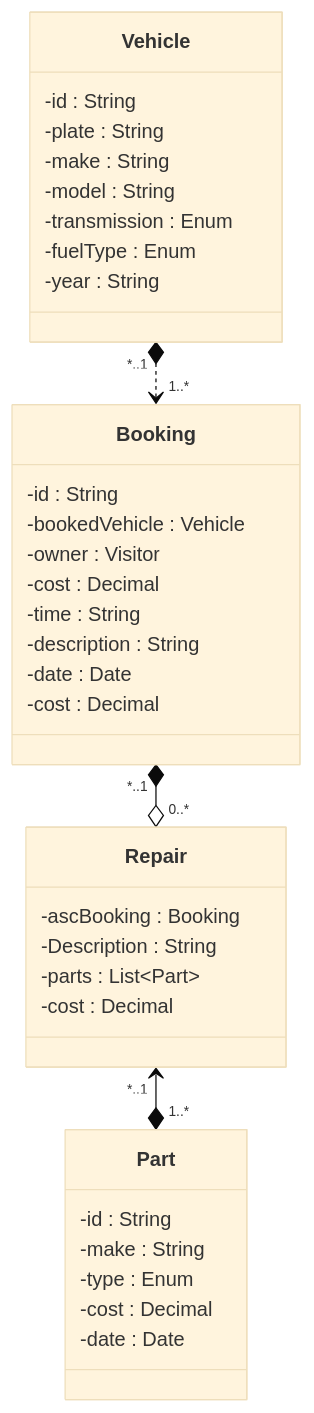
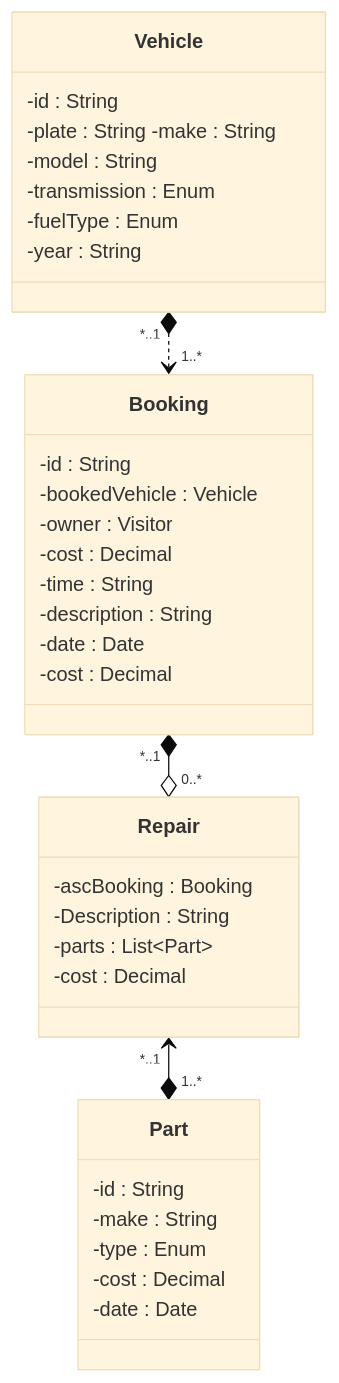
Before and after one commit to c3zbucket/advancedprogramming-project: the fifth of 7 diagrams in DEVELOPMENT.md, drawn with Mermaid (base theme). The commit also changed other lines of this file, not shown here.

Commit message:
Append dev diary with final uml

`````diff
--- a/DEVELOPMENT.md
+++ b/DEVELOPMENT.md
@@ -155,38 +155,37 @@
 ````mermaid
 classDiagram
     Booking "*..1" *--o "0..*" Repair
     Repair "*..1" <--* "1..*" Part
     Vehicle "*..1" *..> "1..*" Booking
     class Vehicle{
         -id : String
-        -plate : String
-        -make : String
+        -plate : String -make : String
         -model : String
         -transmission : Enum
         -fuelType : Enum
         -year : String
     }
     class Booking{
         -id : String
         -bookedVehicle : Vehicle
         -owner : Visitor
         -cost : Decimal
         -time : String
         -description : String
         -date : Date
         -cost : Decimal
     }
     class Repair {
         -ascBooking : Booking
         -Description : String
         -parts : List~Part~
         -cost : Decimal
     }
     class Part {
         -id : String
         -make : String
         -type : Enum
         -cost : Decimal
         -date : Date
     }
 ```` 
`````
